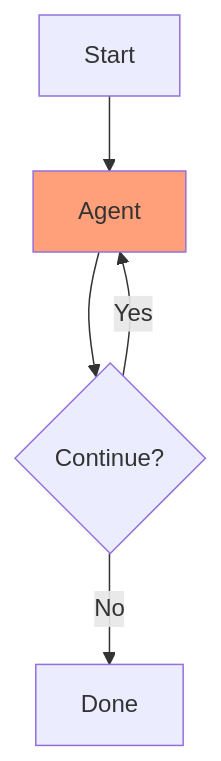
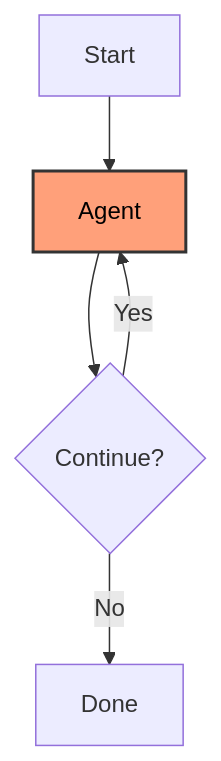
The fourth of 6 diagrams in docs/docs/section-2/step-02.md (quarkusio/quarkus-workshop-langchain4j), drawn with Mermaid before and after one commit. The commit also changed other lines of this file and 6 other files, not shown here.

Commit message:
update docs for better flow, and fix diagrams (#301)

````diff
--- a/docs/docs/section-2/step-02.md
+++ b/docs/docs/section-2/step-02.md
@@ -120,8 +120,8 @@
 ```mermaid
 graph TD
-    Start[Start] --> A[Agent]
-    A --> Check{Continue?}
+    Start["Start"] --> A["Agent"]
+    A --> Check{"Continue?"}
     Check -->|Yes| A
-    Check -->|No| End[Done]
-    style A fill:#FFA07A
+    Check -->|No| End["Done"]
+    style A fill:#FFA07A,stroke:#333,stroke-width:2,color:#000
 ```
````
